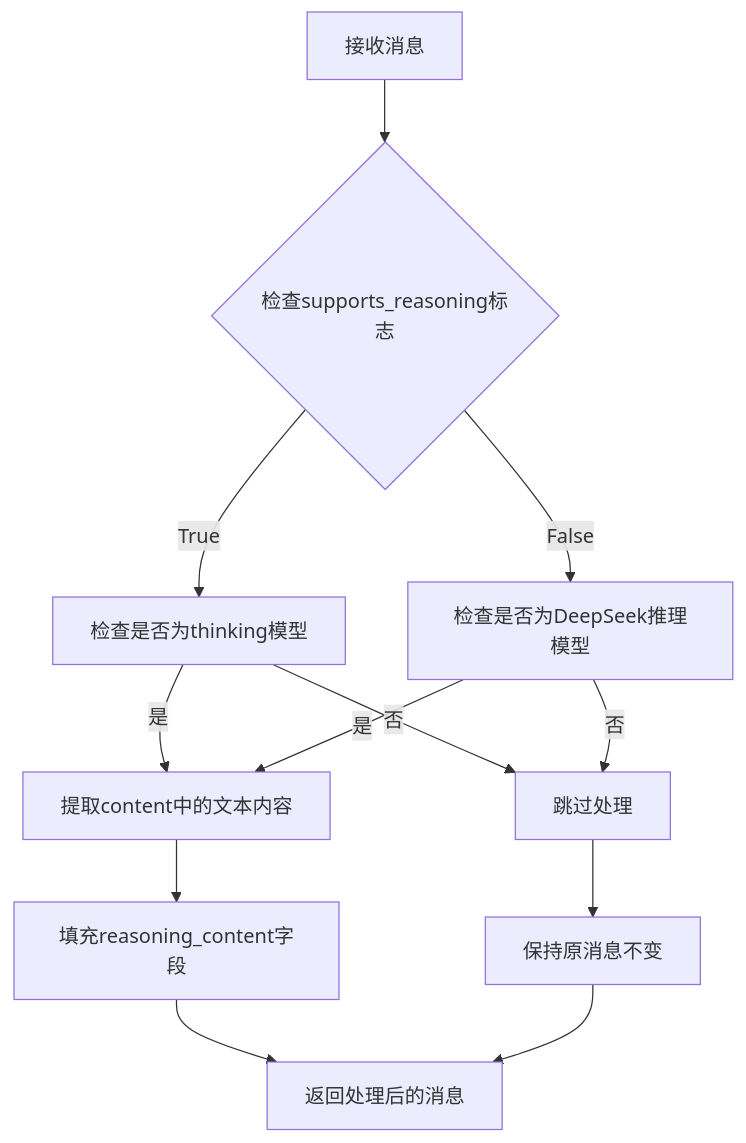
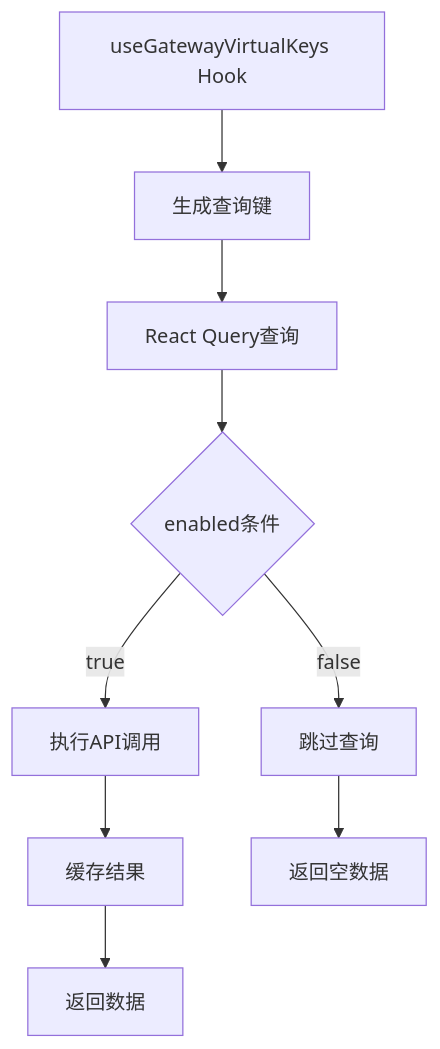
Diagram 11 of 20 in .qoder/repowiki/zh/content/网关服务架构/网关服务架构.md (tianyehedashu/ai-agent), drawn with Mermaid before and after one commit. The commit also changed other lines of this file and 50 other files, not shown here.

````diff
--- a/.qoder/repowiki/zh/content/网关服务架构/网关服务架构.md
+++ b/.qoder/repowiki/zh/content/网关服务架构/网关服务架构.md
@@ -475,14 +524,11 @@
 ```mermaid
 flowchart TD
-A["接收消息"] --> B{"检查supports_reasoning标志"}
-B --> |True| C["检查是否为thinking模型"]
-B --> |False| D["检查是否为DeepSeek推理模型"]
-C --> |是| E["提取content中的文本内容"]
-D --> |是| E
-C --> |否| F["跳过处理"]
-D --> |否| F
-E --> G["填充reasoning_content字段"]
-F --> H["保持原消息不变"]
-G --> I["返回处理后的消息"]
-H --> I
+A["useGatewayVirtualKeys Hook"] --> B["生成查询键"]
+B --> C["React Query查询"]
+C --> D{"enabled条件"}
+D --> |true| E["执行API调用"]
+D --> |false| F["跳过查询"]
+E --> G["缓存结果"]
+G --> H["返回数据"]
+F --> I["返回空数据"]
 ```
````
